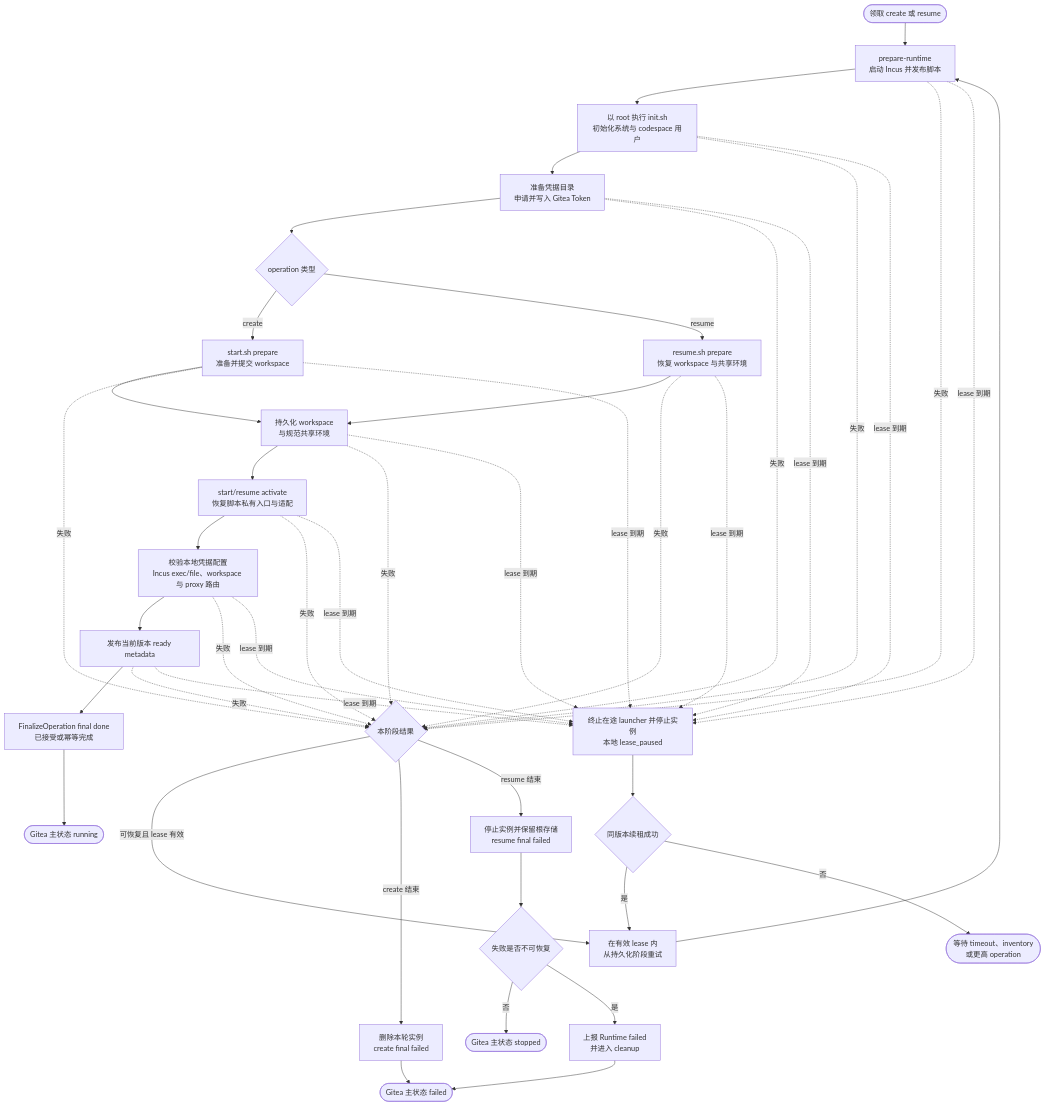
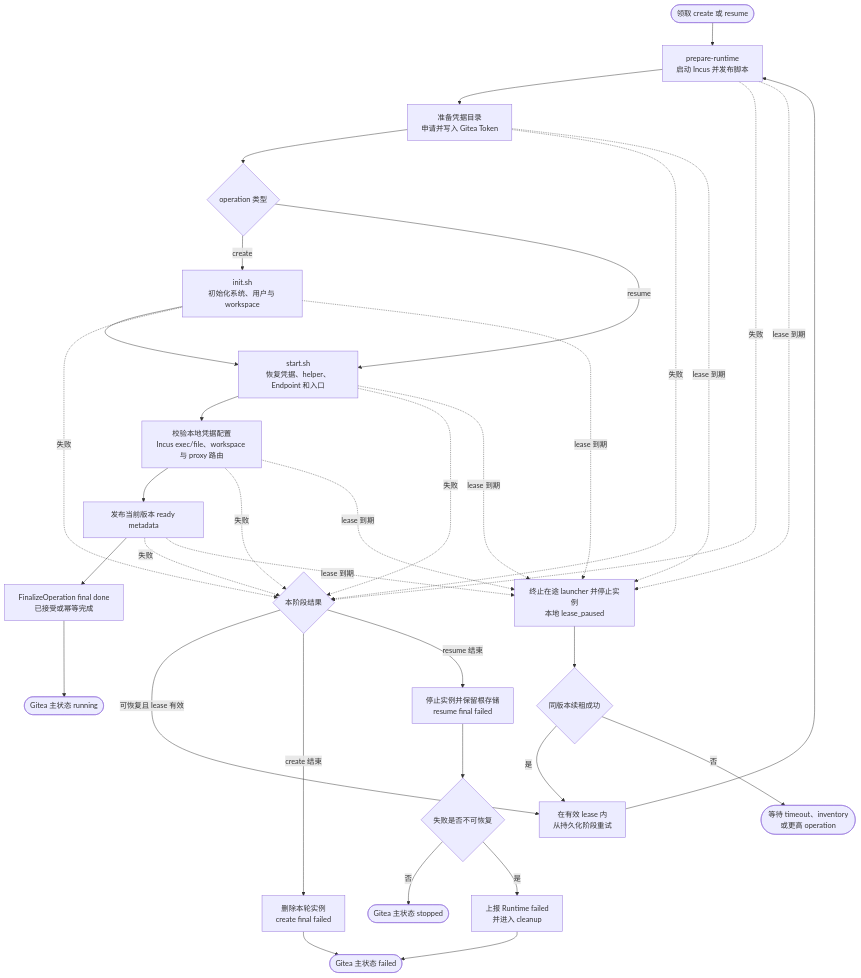
Before and after one commit to ExplodingDragon/gitea-dev: the second of 3 diagrams in src/lifecycle-flows.md, drawn with Mermaid. The commit also changed other lines of this file and 9 other files, not shown here.

````diff
--- a/src/lifecycle-flows.md
+++ b/src/lifecycle-flows.md
@@ -196,66 +195,54 @@
 ```mermaid
 flowchart TB
     begin([领取 create 或 resume])
     prepare[prepare-runtime<br/>启动 Incus 并发布脚本]
-    init[以 root 执行 init.sh<br/>初始化系统与 codespace 用户]
     credentials[准备凭据目录<br/>申请并写入 Gitea Token]
     operation{operation 类型}
-    create[start.sh prepare<br/>准备并提交 workspace]
-    resume[resume.sh prepare<br/>恢复 workspace 与共享环境]
-    persist[持久化 workspace<br/>与规范共享环境]
-    activate[start/resume activate<br/>恢复脚本私有入口与适配]
+    init[init.sh<br/>初始化系统、用户与 workspace]
+    start[start.sh<br/>恢复凭据、helper、Endpoint 和入口]
     validate[校验本地凭据配置<br/>Incus exec/file、workspace 与 proxy 路由]
     publish[发布当前版本 ready metadata]
     finalize[FinalizeOperation final done<br/>已接受或幂等完成]
     running([Gitea 主状态 running])
     classify{本阶段结果}
     retry[在有效 lease 内<br/>从持久化阶段重试]
     paused[终止在途 launcher 并停止实例<br/>本地 lease_paused]
     renewed{同版本续租成功}
     reconcile([等待 timeout、inventory<br/>或更高 operation])
     createFailed[删除本轮实例<br/>create final failed]
     resumeStopped[停止实例并保留根存储<br/>resume final failed]
     resumeResult{失败是否不可恢复}
     reportFailed[上报 Runtime failed<br/>并进入 cleanup]
     failed([Gitea 主状态 failed])
     stopped([Gitea 主状态 stopped])
 
-    begin --> prepare --> init
-    init --> credentials
+    begin --> prepare --> credentials
     credentials --> operation
-    operation -- create --> create
-    operation -- resume --> resume
-    create --> persist
-    resume --> persist
-    persist --> activate
-    activate --> validate
+    operation -- create --> init
+    operation -- resume --> start
+    init --> start
+    start --> validate
     validate --> publish --> finalize --> running
 
     prepare -. 失败 .-> classify
+    credentials -. 失败 .-> classify
     init -. 失败 .-> classify
-    credentials -. 失败 .-> classify
-    create -. 失败 .-> classify
-    resume -. 失败 .-> classify
-    persist -. 失败 .-> classify
-    activate -. 失败 .-> classify
+    start -. 失败 .-> classify
     validate -. 失败 .-> classify
     publish -. 失败 .-> classify
     classify -- 可恢复且 lease 有效 --> retry --> prepare
     classify -- create 结束 --> createFailed --> failed
     classify -- resume 结束 --> resumeStopped --> resumeResult
     resumeResult -- 否 --> stopped
     resumeResult -- 是 --> reportFailed --> failed
 
     prepare -. lease 到期 .-> paused
+    credentials -. lease 到期 .-> paused
     init -. lease 到期 .-> paused
-    credentials -. lease 到期 .-> paused
-    create -. lease 到期 .-> paused
-    resume -. lease 到期 .-> paused
-    persist -. lease 到期 .-> paused
-    activate -. lease 到期 .-> paused
+    start -. lease 到期 .-> paused
     validate -. lease 到期 .-> paused
     publish -. lease 到期 .-> paused
     paused --> renewed
     renewed -- 是 --> retry
     renewed -- 否 --> reconcile
 ```
````
